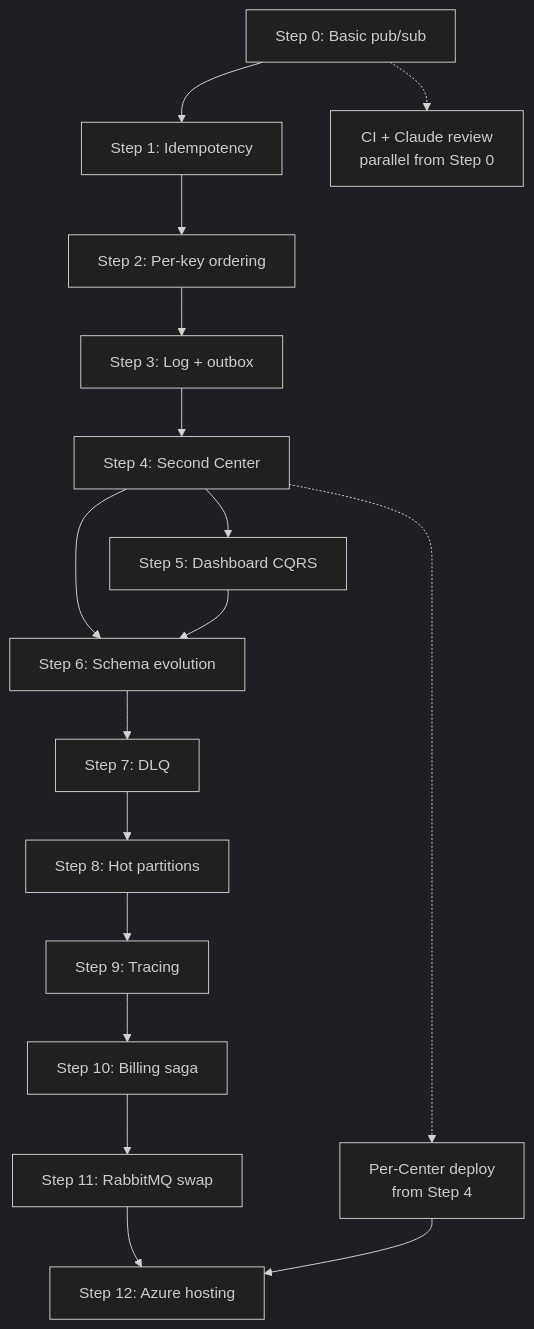
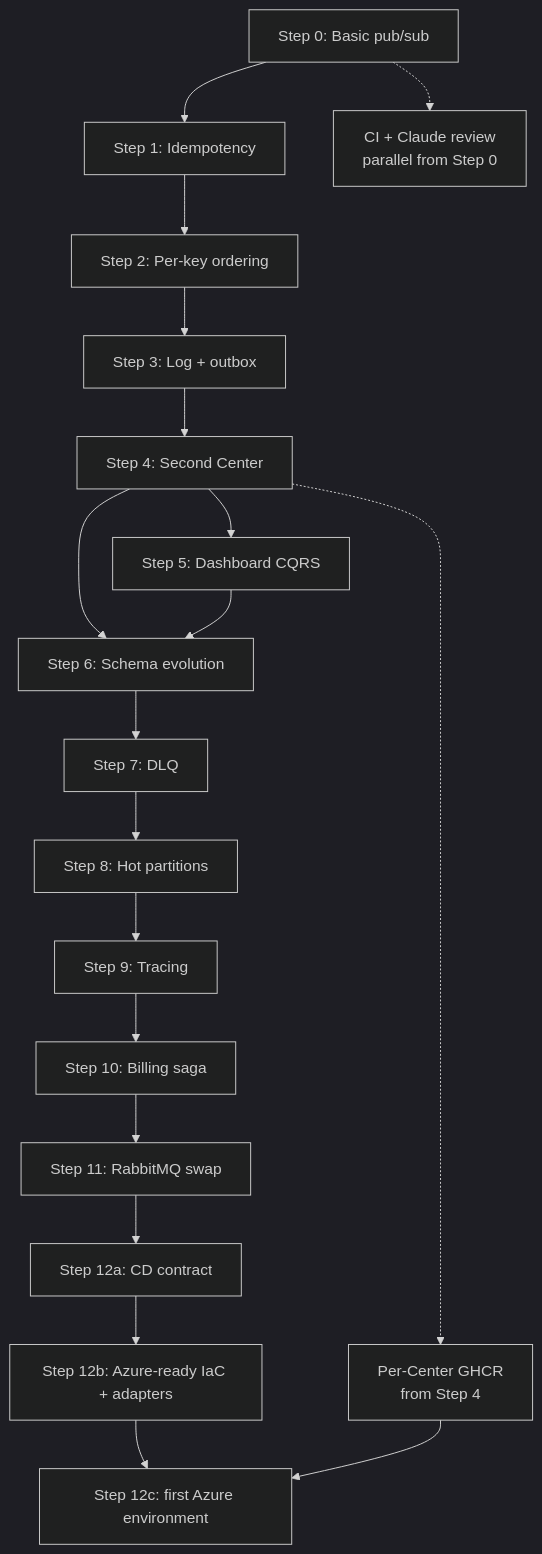
Before and after one commit to muxare/DuckNet: the diagram in ImplementationPlan.md, drawn with Mermaid (dark theme). The commit also changed other lines of this file and 12 other files, not shown here.

First line of the commit message:
feat(step-12a): lock GitHub Actions CD contract before Azure spend

````diff
--- a/ImplementationPlan.md
+++ b/ImplementationPlan.md
@@ -980,19 +1095,21 @@
 ```mermaid
 flowchart TD
   S0[Step 0: Basic pub/sub] --> S1[Step 1: Idempotency]
   S1 --> S2[Step 2: Per-key ordering]
   S2 --> S3[Step 3: Log + outbox]
   S3 --> S4[Step 4: Second Center]
   S4 --> S5[Step 5: Dashboard CQRS]
   S4 --> S6[Step 6: Schema evolution]
   S5 --> S6
   S6 --> S7[Step 7: DLQ]
   S7 --> S8[Step 8: Hot partitions]
   S8 --> S9[Step 9: Tracing]
   S9 --> S10[Step 10: Billing saga]
   S10 --> S11[Step 11: RabbitMQ swap]
-  S11 --> S12[Step 12: Azure hosting]
+  S11 --> S12a[Step 12a: CD contract]
+  S12a --> S12b[Step 12b: Azure-ready IaC + adapters]
+  S12b --> S12c[Step 12c: first Azure environment]
   S0 -.-> CI[CI + Claude review<br/>parallel from Step 0]
-  S4 -.-> CD[Per-Center deploy<br/>from Step 4]
-  CD --> S12
+  S4 -.-> CD[Per-Center GHCR<br/>from Step 4]
+  CD --> S12c
 ```
````
